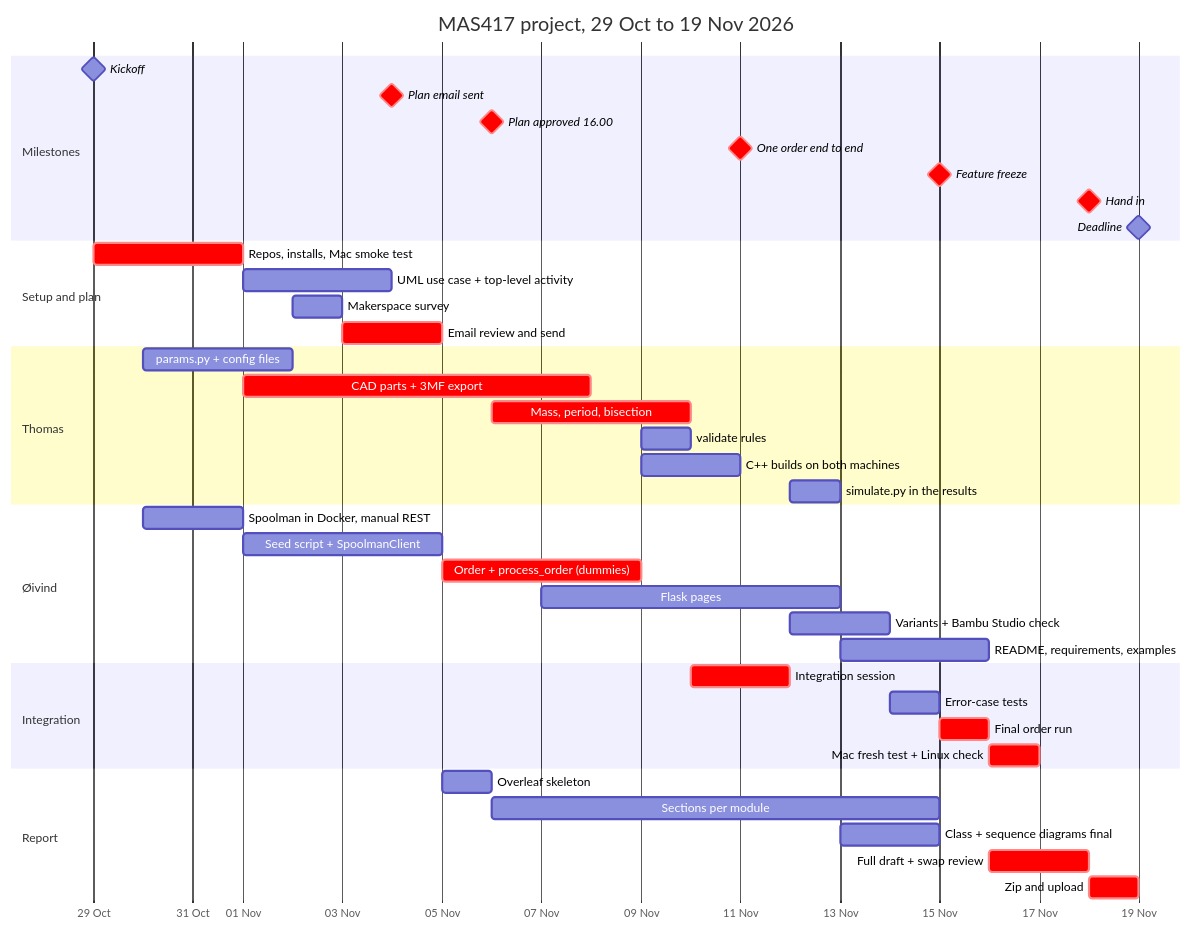
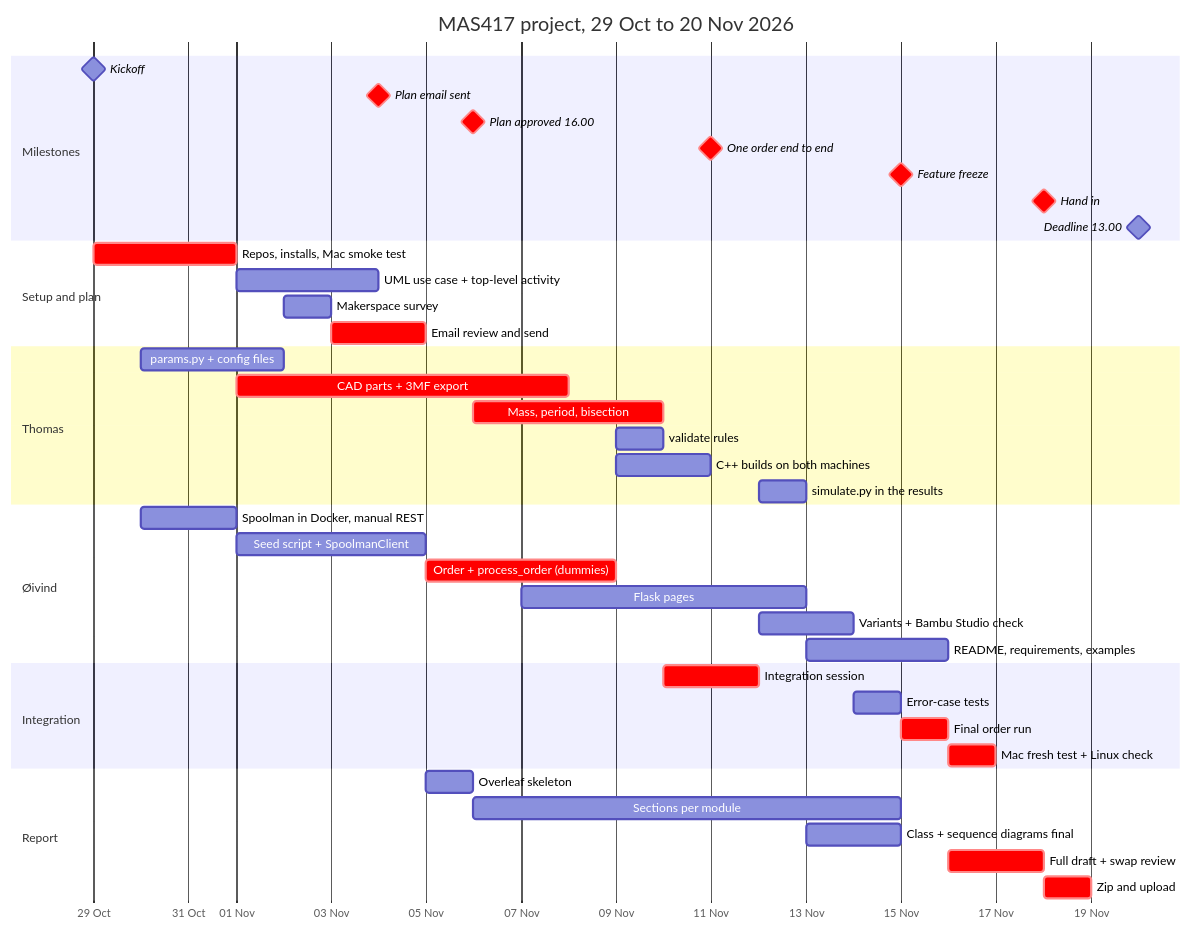
Before and after one commit to thomastte/pendulum-factory: the first of 7 diagrams in docs/project/roadmap.md, drawn with Mermaid. The commit also changed other lines of this file and 1 other file, not shown here.

````diff
--- a/docs/project/roadmap.md
+++ b/docs/project/roadmap.md
@@ -52,45 +52,45 @@
 ```mermaid
 gantt
-    title MAS417 project, 29 Oct to 19 Nov 2026
+    title MAS417 project, 29 Oct to 20 Nov 2026
     dateFormat YYYY-MM-DD
     axisFormat %d %b
     todayMarker stroke-width:3px,stroke:#dc2626
     section Milestones
     Kickoff                           :milestone, m0, 2026-10-29, 0d
     Plan email sent                   :milestone, crit, m1, 2026-11-04, 0d
     Plan approved 16.00               :milestone, crit, m2, 2026-11-06, 0d
     One order end to end              :milestone, crit, m3, 2026-11-11, 0d
     Feature freeze                    :milestone, crit, m4, 2026-11-15, 0d
     Hand in                           :milestone, crit, m5, 2026-11-18, 0d
-    Deadline                          :milestone, m6, 2026-11-19, 0d
+    Deadline 13.00                    :milestone, m6, 2026-11-20, 0d
     section Setup and plan
     Repos, installs, Mac smoke test   :crit, s1, 2026-10-29, 3d
     UML use case + top-level activity :s3, 2026-11-01, 3d
     Makerspace survey                 :s2, 2026-11-02, 1d
     Email review and send             :crit, s4, 2026-11-03, 2d
     section Thomas
     params.py + config files          :a1, 2026-10-30, 3d
     CAD parts + 3MF export            :crit, a2, 2026-11-01, 7d
     Mass, period, bisection           :crit, a3, 2026-11-06, 4d
     validate rules                    :a4, 2026-11-09, 1d
     C++ builds on both machines       :a5, 2026-11-09, 2d
     simulate.py in the results        :a6, 2026-11-12, 1d
     section Øivind
     Spoolman in Docker, manual REST   :b1, 2026-10-30, 2d
     Seed script + SpoolmanClient      :b2, 2026-11-01, 4d
     Order + process_order (dummies)   :crit, b3, 2026-11-05, 4d
     Flask pages                       :b4, 2026-11-07, 6d
     Variants + Bambu Studio check     :b5, 2026-11-12, 2d
     README, requirements, examples    :b6, 2026-11-13, 3d
     section Integration
     Integration session               :crit, i1, 2026-11-10, 2d
     Error-case tests                  :i2, 2026-11-14, 1d
     Final order run                   :crit, i3, 2026-11-15, 1d
     Mac fresh test + Linux check      :crit, i4, 2026-11-16, 1d
     section Report
     Overleaf skeleton                 :r0, 2026-11-05, 1d
     Sections per module               :r1, 2026-11-06, 9d
     Class + sequence diagrams final   :r2, 2026-11-13, 2d
     Full draft + swap review          :crit, r3, 2026-11-16, 2d
     Zip and upload                    :crit, r4, 2026-11-18, 1d
 ```
````
